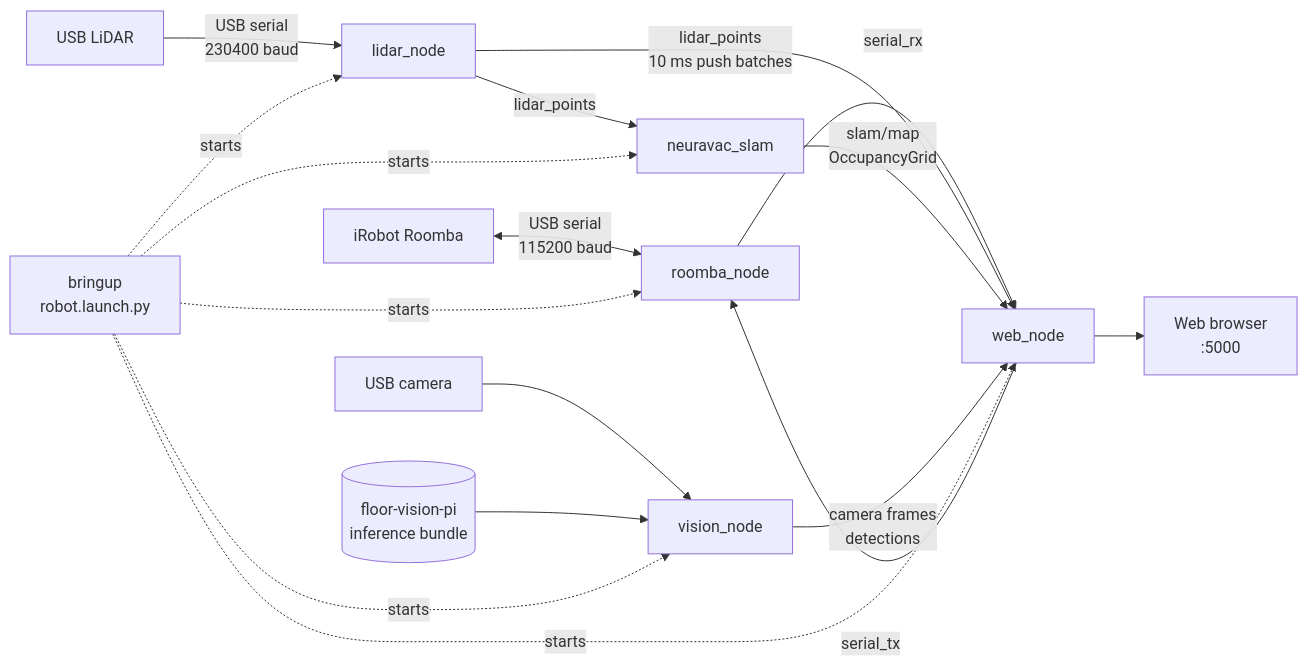
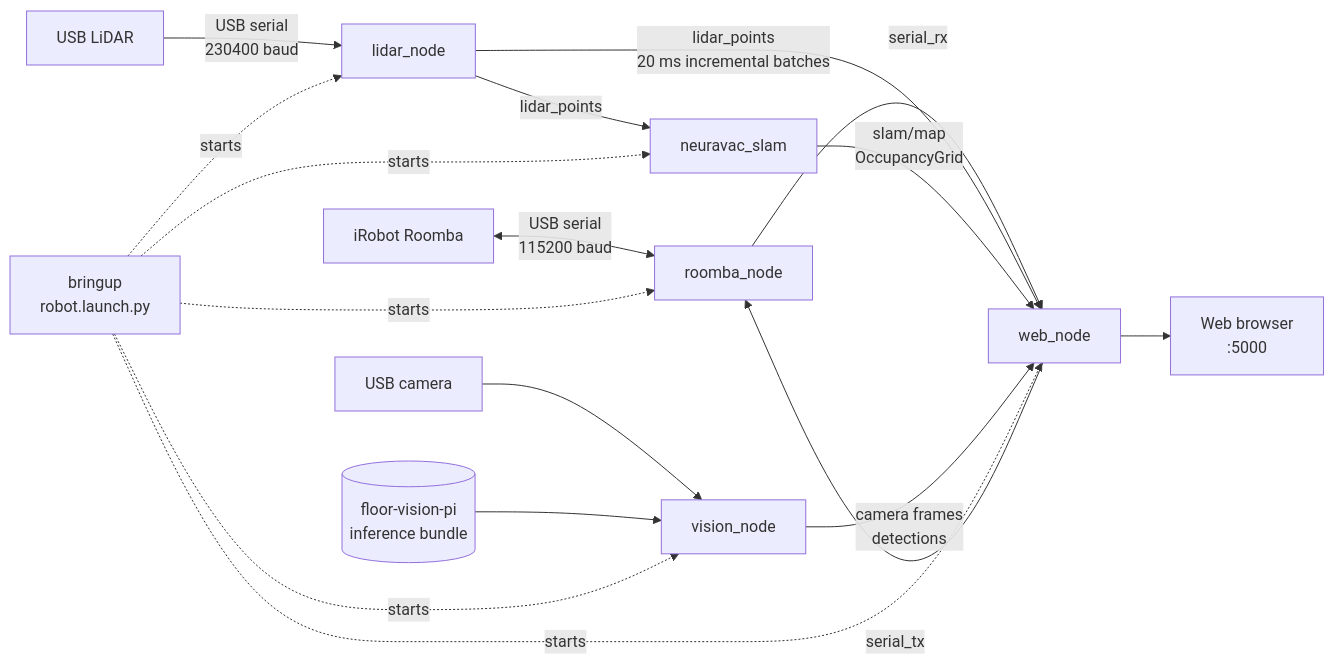
The diagram in README.md (Ericdmch/NeuraVac), drawn with Mermaid before and after one commit. The commit also changed other lines of this file and 1 other file, not shown here.

````diff
--- a/README.md
+++ b/README.md
@@ -25,20 +25,20 @@
 ```mermaid
 flowchart LR
     Roomba[ iRobot Roomba ] <-->|USB serial<br/>115200 baud| R[roomba_node]
     Lidar[USB LiDAR] -->|USB serial<br/>230400 baud| L[lidar_node]
     L -->|lidar_points| S[neuravac_slam]
     Camera[USB camera] --> V[vision_node]
     Bundle[(floor-vision-pi<br/>inference bundle)] --> V
 
     R -->|serial_rx| W[web_node]
     W -->|serial_tx| R
-    L -->|lidar_points<br/>10 ms push batches| W
+    L -->|lidar_points<br/>20 ms incremental batches| W
     S -->|slam/map<br/>OccupancyGrid| W
     V -->|camera frames<br/>detections| W
     W --> Browser[Web browser<br/>:5000]
     B[bringup<br/>robot.launch.py] -. starts .-> R
     B -. starts .-> L
     B -. starts .-> S
     B -. starts .-> V
     B -. starts .-> W
 ```
````
